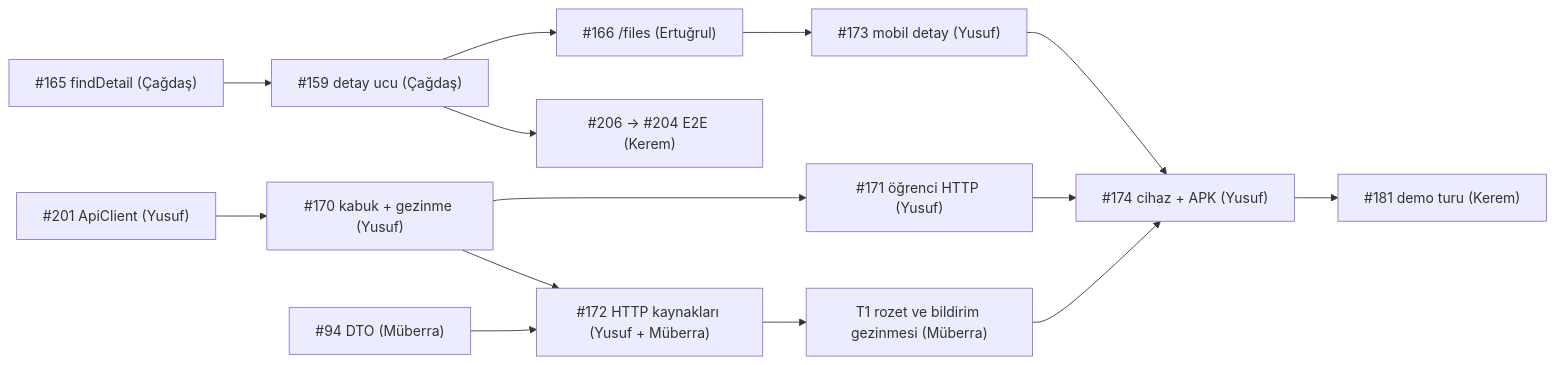
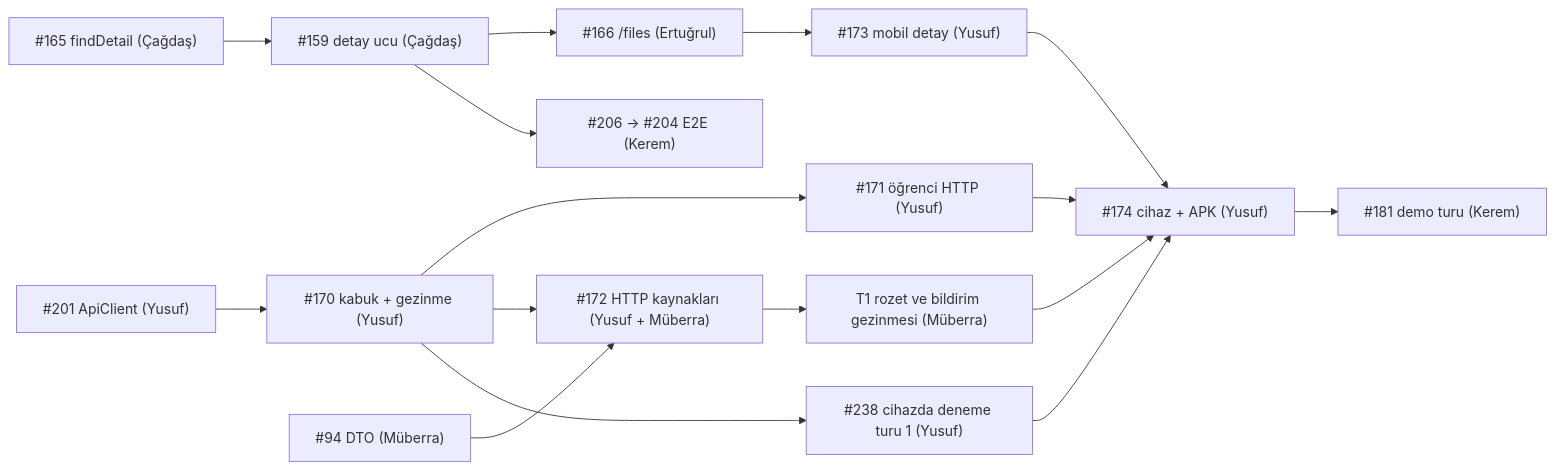
One commit to HuseyinEmreTech/kampus-bildirim-sistemi changed the diagram in proje-bilgileri/planlar/2026-11-24-teslim-plani.md. Above: the diagram before and after it, drawn with Mermaid. The commit also changed other lines of this file and 1 other file, not shown here.

First line of the commit message:
docs: cihazda deneme turu 1 teslim planına eklendi (#239)

````diff
--- a/proje-bilgileri/planlar/2026-11-24-teslim-plani.md
+++ b/proje-bilgileri/planlar/2026-11-24-teslim-plani.md
@@ -64,16 +64,18 @@
 ```mermaid
 graph LR
   I165["#165 findDetail (Çağdaş)"] --> I159["#159 detay ucu (Çağdaş)"]
   I159 --> I166["#166 /files (Ertuğrul)"]
   I159 --> E2E["#206 → #204 E2E (Kerem)"]
   I166 --> I173["#173 mobil detay (Yusuf)"]
   I201["#201 ApiClient (Yusuf)"] --> I170["#170 kabuk + gezinme (Yusuf)"]
   I94["#94 DTO (Müberra)"] --> I172["#172 HTTP kaynakları (Yusuf + Müberra)"]
   I170 --> I171["#171 öğrenci HTTP (Yusuf)"]
   I170 --> I172
   I172 --> T1["T1 rozet ve bildirim gezinmesi (Müberra)"]
   I171 --> I174["#174 cihaz + APK (Yusuf)"]
   I173 --> I174
   T1 --> I174
+  I170 --> I238["#238 cihazda deneme turu 1 (Yusuf)"]
+  I238 --> I174
   I174 --> I181["#181 demo turu (Kerem)"]
 ```
````
